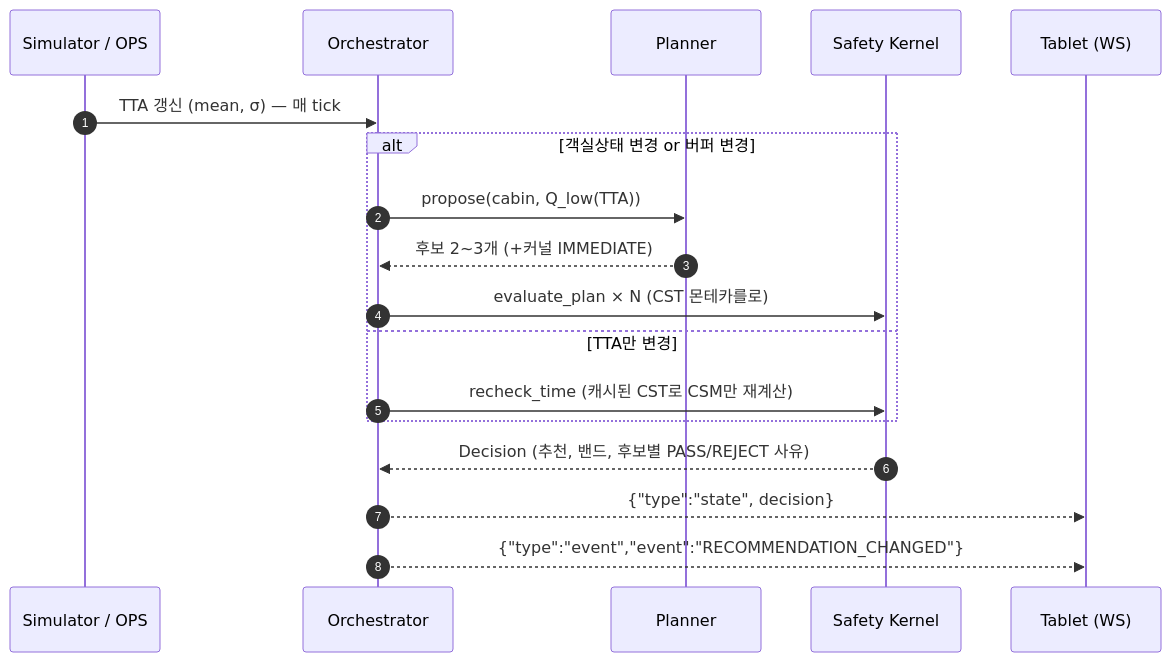
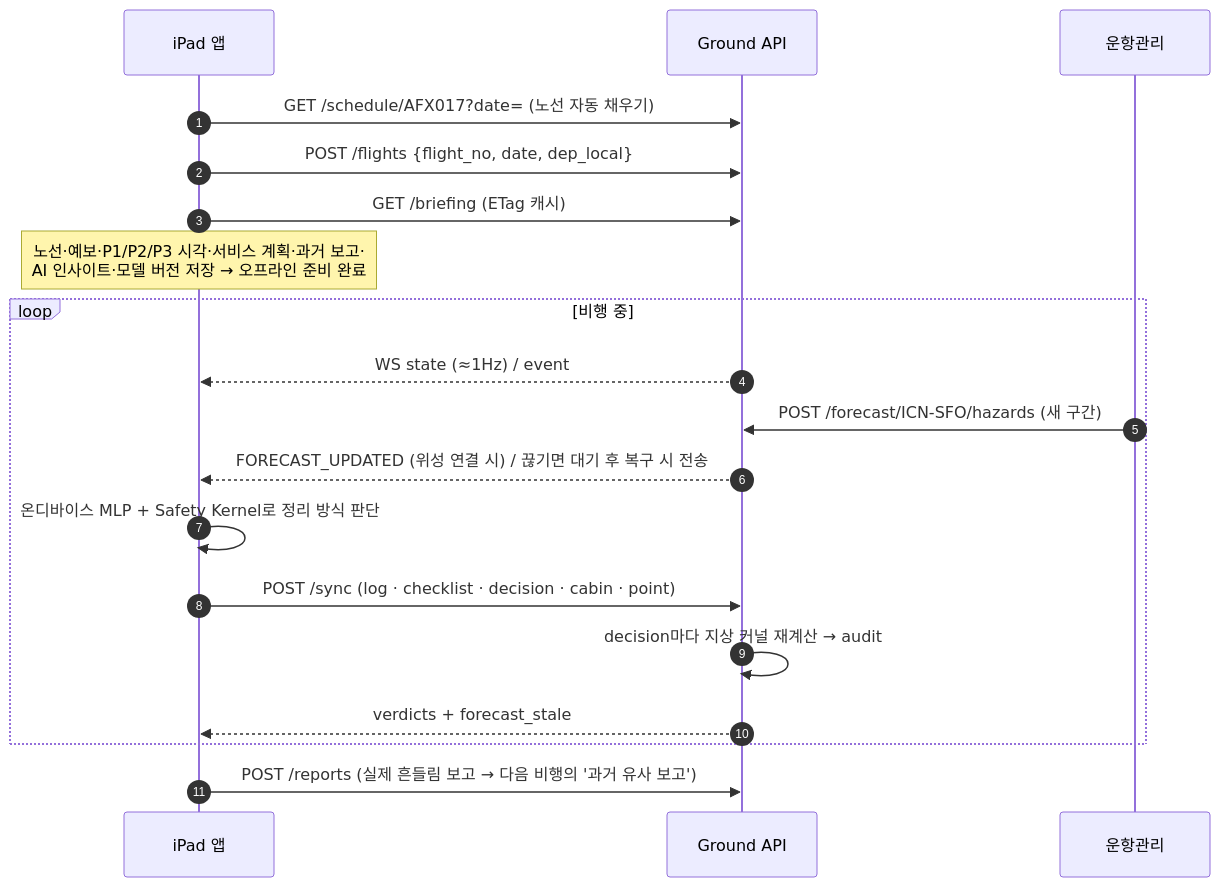
One commit to AeroFlux-BOEING/CabinShield-Backend changed the second of 3 diagrams in docs/ARCHITECTURE.md. Above: the diagram before and after it, drawn with Mermaid. The commit also changed other lines of this file and 65 other files, not shown here.

````diff
--- a/docs/ARCHITECTURE.md
+++ b/docs/ARCHITECTURE.md
@@ -57,21 +33,21 @@
 ```mermaid
 sequenceDiagram
   autonumber
-  participant S as Simulator / OPS
-  participant O as Orchestrator
-  participant P as Planner
-  participant K as Safety Kernel
-  participant T as Tablet (WS)
-
-  S->>O: TTA 갱신 (mean, σ) — 매 tick
-  alt 객실상태 변경 or 버퍼 변경
-    O->>P: propose(cabin, Q_low(TTA))
-    P-->>O: 후보 2~3개 (+커널 IMMEDIATE)
-    O->>K: evaluate_plan × N (CST 몬테카를로)
-  else TTA만 변경
-    O->>K: recheck_time (캐시된 CST로 CSM만 재계산)
+  participant T as iPad 앱
+  participant S as Ground API
+  participant O as 운항관리
+  T->>S: GET /schedule/AFX017?date= (노선 자동 채우기)
+  T->>S: POST /flights {flight_no, date, dep_local}
+  T->>S: GET /briefing  (ETag 캐시)
+  Note over T: 노선·예보·P1/P2/P3 시각·서비스 계획·과거 보고·<br/>AI 인사이트·모델 버전 저장 → 오프라인 준비 완료
+  loop 비행 중
+    S-->>T: WS state (≈1Hz) / event
+    O->>S: POST /forecast/ICN-SFO/hazards (새 구간)
+    S-->>T: FORECAST_UPDATED (위성 연결 시) / 끊기면 대기 후 복구 시 전송
+    T->>T: 온디바이스 MLP + Safety Kernel로 정리 방식 판단
+    T->>S: POST /sync (log · checklist · decision · cabin · point)
+    S->>S: decision마다 지상 커널 재계산 → audit
+    S-->>T: verdicts + forecast_stale
   end
-  K-->>O: Decision (추천, 밴드, 후보별 PASS/REJECT 사유)
-  O-->>T: {"type":"state", decision}
-  O-->>T: {"type":"event","event":"RECOMMENDATION_CHANGED"}
+  T->>S: POST /reports (실제 흔들림 보고 → 다음 비행의 '과거 유사 보고')
 ```
````
